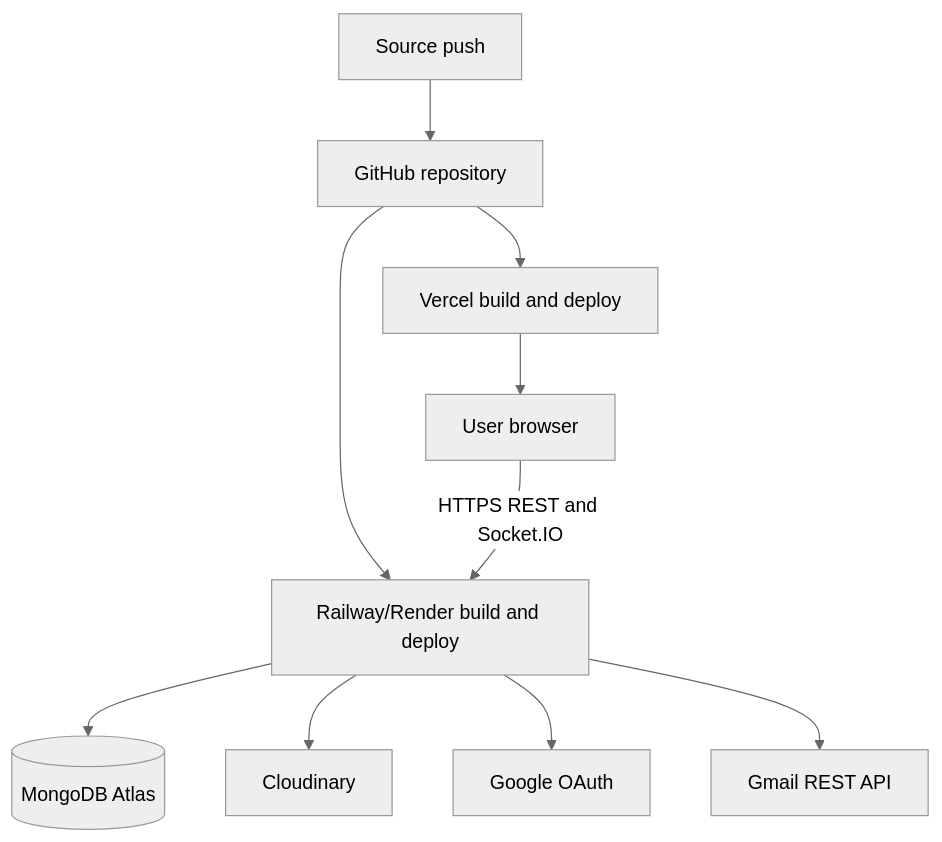
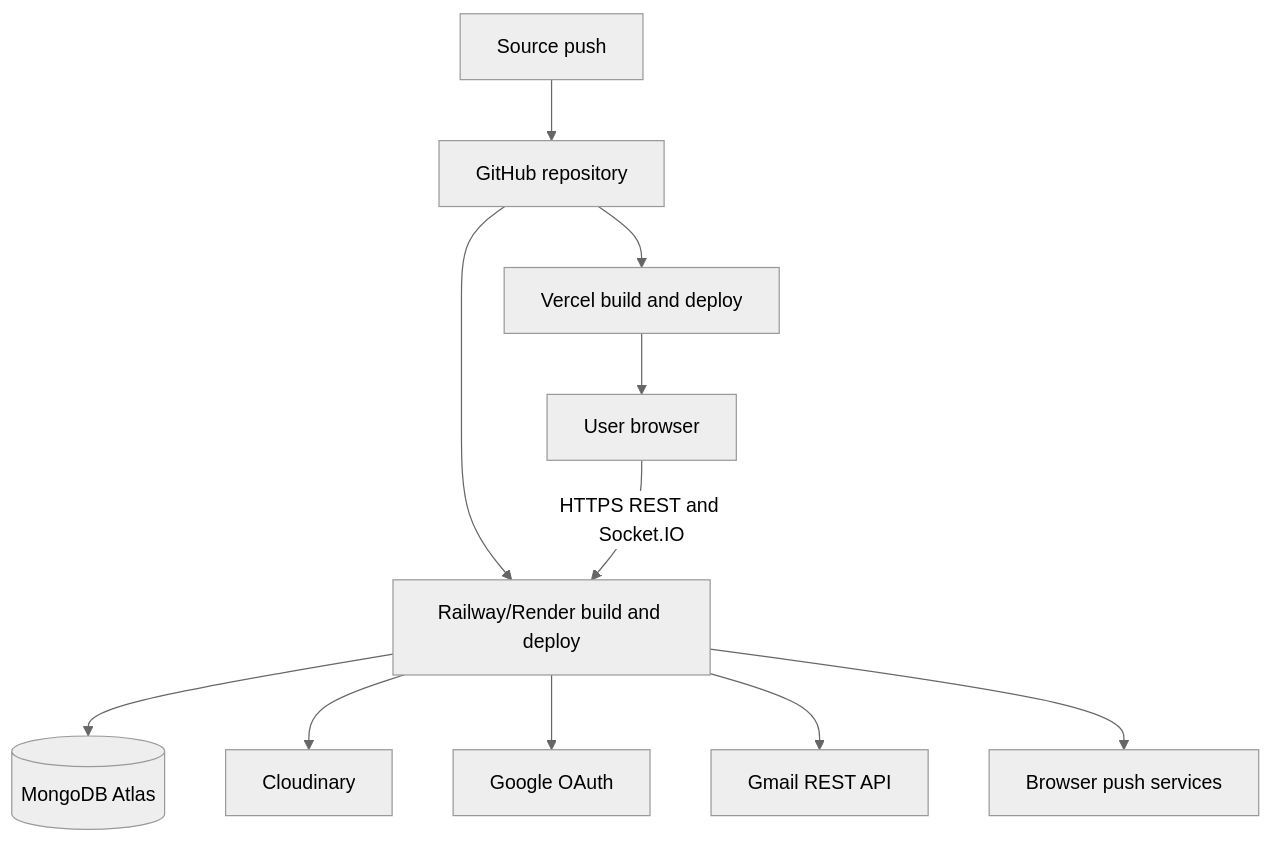
One commit to Saurav11343/click-chat changed the seventh of 7 diagrams in docs/02-system-architecture.md. Above: the diagram before and after it, drawn with Mermaid (neutral theme). The commit also changed other lines of this file and 15 other files, not shown here.

````diff
--- a/docs/02-system-architecture.md
+++ b/docs/02-system-architecture.md
@@ -164,12 +171,13 @@
 ```mermaid
 flowchart TD
     DEV["Source push"] --> GH["GitHub repository"]
     GH --> VE["Vercel build and deploy"]
     GH --> RW["Railway/Render build and deploy"]
     VE --> BR["User browser"]
     BR -->|"HTTPS REST and Socket.IO"| RW
     RW --> MA[("MongoDB Atlas")]
     RW --> CL["Cloudinary"]
     RW --> GO["Google OAuth"]
     RW --> GM["Gmail REST API"]
+    RW --> PS["Browser push services"]
 ```
````
